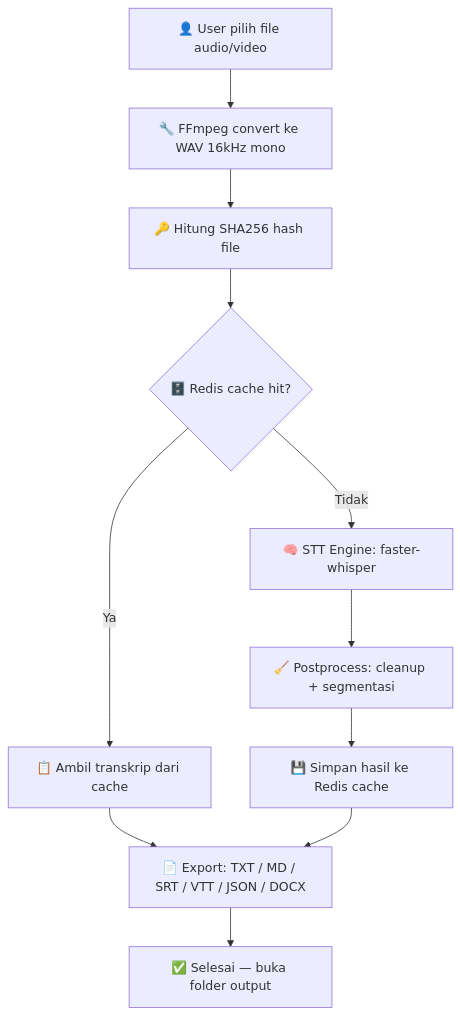
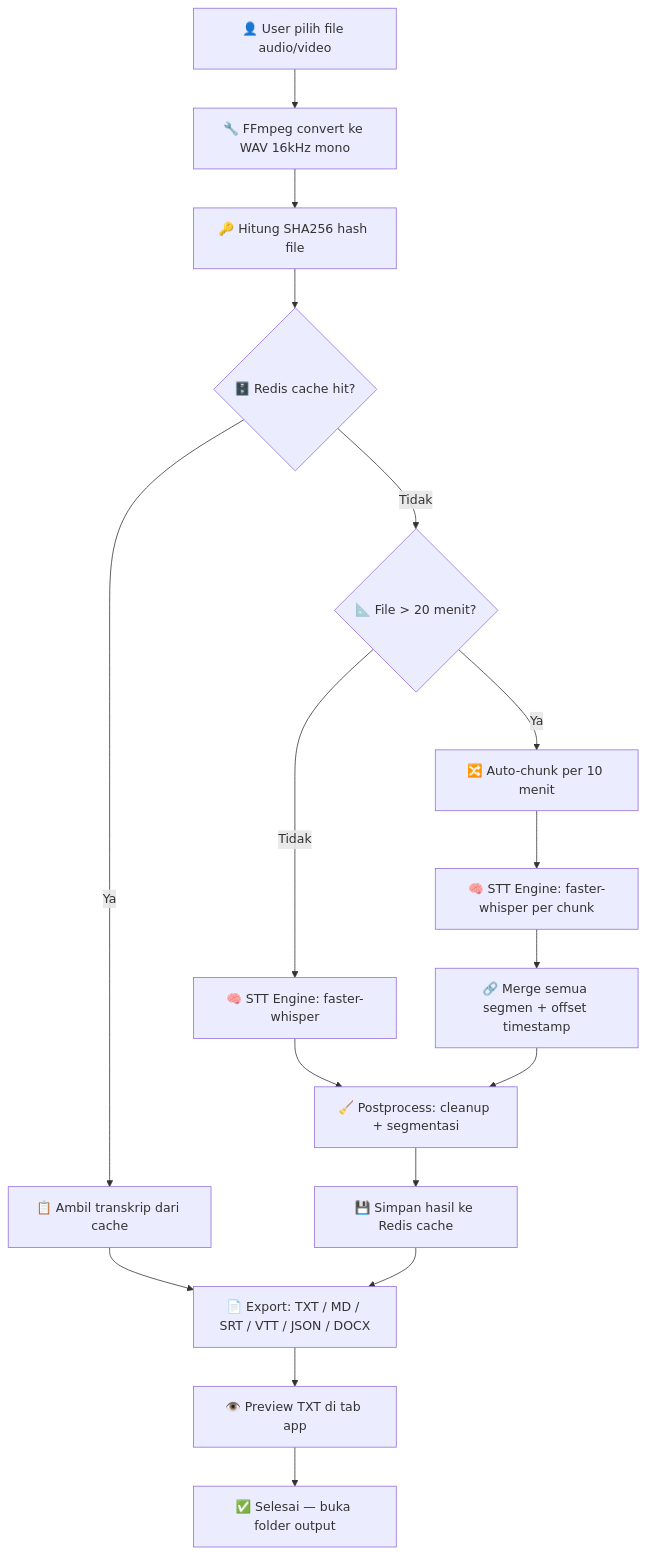
One commit to el-pablos/transkrip-wawancara-exe changed the diagram in README.md. Above: the diagram before and after it, drawn with Mermaid. The commit also changed other lines of this file, not shown here.

````diff
--- a/README.md
+++ b/README.md
@@ -78,13 +98,19 @@
 ```mermaid
 flowchart TD
     A[👤 User pilih file audio/video] --> B[🔧 FFmpeg convert ke WAV 16kHz mono]
     B --> C[🔑 Hitung SHA256 hash file]
     C --> D{🗄️ Redis cache hit?}
     D -- Ya --> E[📋 Ambil transkrip dari cache]
-    D -- Tidak --> F[🧠 STT Engine: faster-whisper]
-    F --> G[🧹 Postprocess: cleanup + segmentasi]
-    G --> H[💾 Simpan hasil ke Redis cache]
-    E --> I[📄 Export: TXT / MD / SRT / VTT / JSON / DOCX]
-    H --> I
-    I --> J[✅ Selesai — buka folder output]
+    D -- Tidak --> F{📐 File > 20 menit?}
+    F -- Ya --> G[🔀 Auto-chunk per 10 menit]
+    G --> H[🧠 STT Engine: faster-whisper per chunk]
+    F -- Tidak --> I[🧠 STT Engine: faster-whisper]
+    H --> J[🔗 Merge semua segmen + offset timestamp]
+    I --> K[🧹 Postprocess: cleanup + segmentasi]
+    J --> K
+    K --> L[💾 Simpan hasil ke Redis cache]
+    E --> M[📄 Export: TXT / MD / SRT / VTT / JSON / DOCX]
+    L --> M
+    M --> N[👁️ Preview TXT di tab app]
+    N --> O[✅ Selesai — buka folder output]
 ```
````
